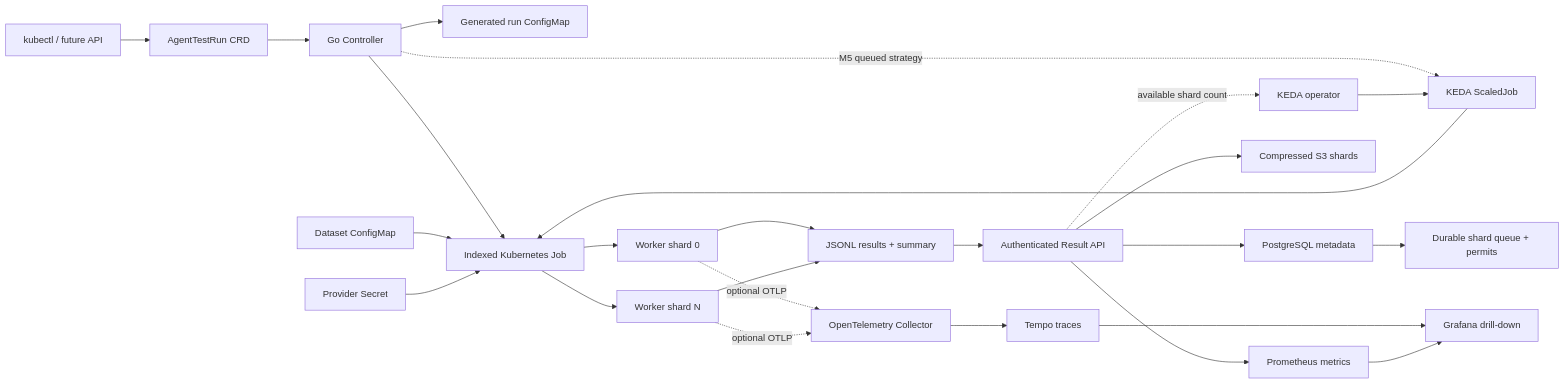
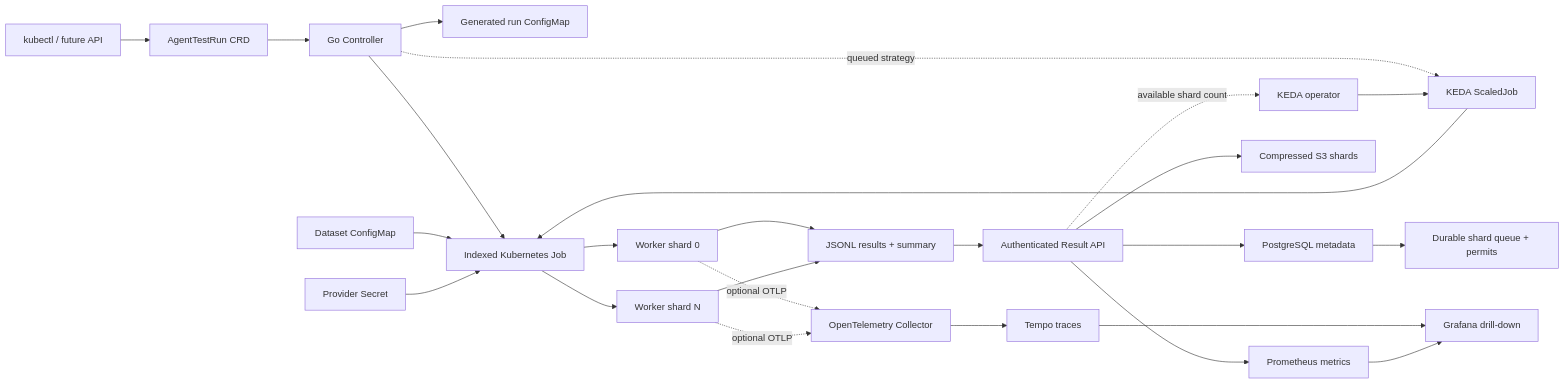
Before and after one commit to Alphasxd/AgentStorm: the diagram in README.md, drawn with Mermaid. The commit also changed other lines of this file and 9 other files, not shown here.

````diff
--- a/README.md
+++ b/README.md
@@ -53,27 +55,27 @@
 ```mermaid
 flowchart LR
     User["kubectl / future API"] --> CR["AgentTestRun CRD"]
     CR --> Controller["Go Controller"]
     Controller --> Config["Generated run ConfigMap"]
     Controller --> Job["Indexed Kubernetes Job"]
-    Controller -. "M5 queued strategy" .-> ScaledJob["KEDA ScaledJob"]
+    Controller -. "queued strategy" .-> ScaledJob["KEDA ScaledJob"]
     KEDA["KEDA operator"] --> ScaledJob
     ResultAPI -. "available shard count" .-> KEDA
     ScaledJob --> Job
     Dataset["Dataset ConfigMap"] --> Job
     Secret["Provider Secret"] --> Job
     Job --> W1["Worker shard 0"]
     Job --> W2["Worker shard N"]
     W1 --> Result["JSONL results + summary"]
     W2 --> Result
     Result --> ResultAPI["Authenticated Result API"]
     ResultAPI --> PostgreSQL["PostgreSQL metadata"]
     PostgreSQL --> Queue["Durable shard queue + permits"]
     ResultAPI --> ObjectStore["Compressed S3 shards"]
     W1 -. optional OTLP .-> Telemetry["OpenTelemetry Collector"]
     W2 -. optional OTLP .-> Telemetry
     Telemetry --> Tempo["Tempo traces"]
     ResultAPI --> Prometheus["Prometheus metrics"]
     Tempo --> Grafana["Grafana drill-down"]
     Prometheus --> Grafana
 ```
````
